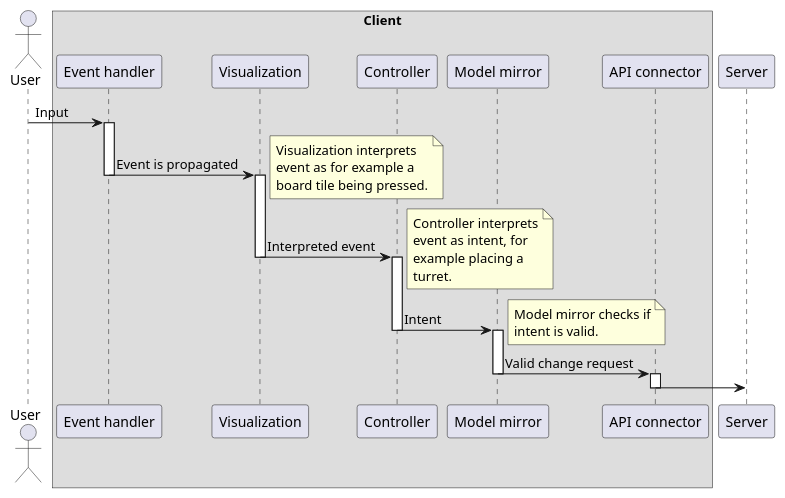
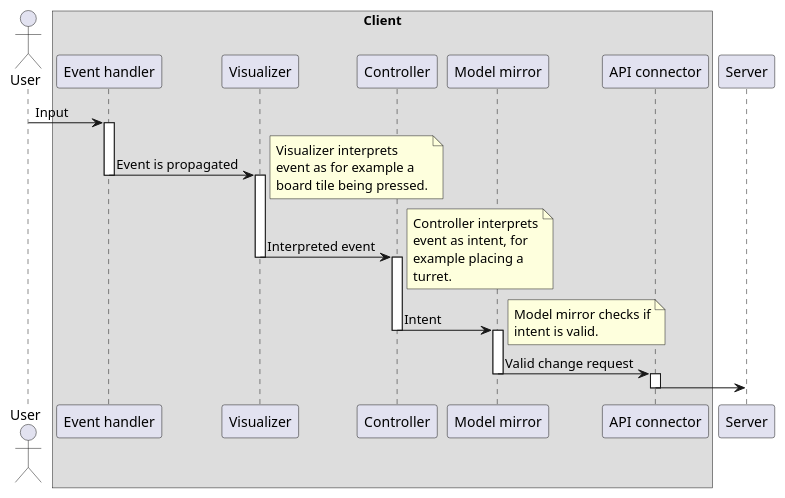
One commit to SWA-group-1/PlantUML changed the diagram in Process/Sequence/Input.puml. Above: the diagram before and after it, drawn with PlantUML. The commit also changed 9 other files, not shown here.

Commit message:
Rename visualization to visualizer. #6

```diff
--- a/Process/Sequence/Input.puml
+++ b/Process/Sequence/Input.puml
@@ -1,51 +1,51 @@
 @startuml
 'https://plantuml.com/sequence-diagram
 
 actor "User" as user
 box "Client"
     participant "Event handler" as event
-    participant "Visualization" as visualization
+    participant "Visualizer" as visualizer
     participant "Controller" as controller
     participant "Model mirror" as mirror
     participant "API connector" as connector
 end box
 participant "Server" as server
 
 user -> event : Input
 
 activate event
-event -> visualization : Event is propagated
+event -> visualizer : Event is propagated
 deactivate event
 
-activate visualization
+activate visualizer
 note right
-    Visualization interprets
+    Visualizer interprets
     event as for example a
     board tile being pressed.
 end note
-visualization -> controller : Interpreted event
-deactivate visualization
+visualizer -> controller : Interpreted event
+deactivate visualizer
 
 activate controller
 note right
     Controller interprets
     event as intent, for
     example placing a
     turret.
 end note
 controller -> mirror : Intent
 deactivate controller
 
 activate mirror
 note right
     Model mirror checks if
     intent is valid.
 end note
 mirror -> connector : Valid change request
 deactivate mirror
 
 activate connector
 connector -> server
 deactivate connector
 
 @enduml
```
